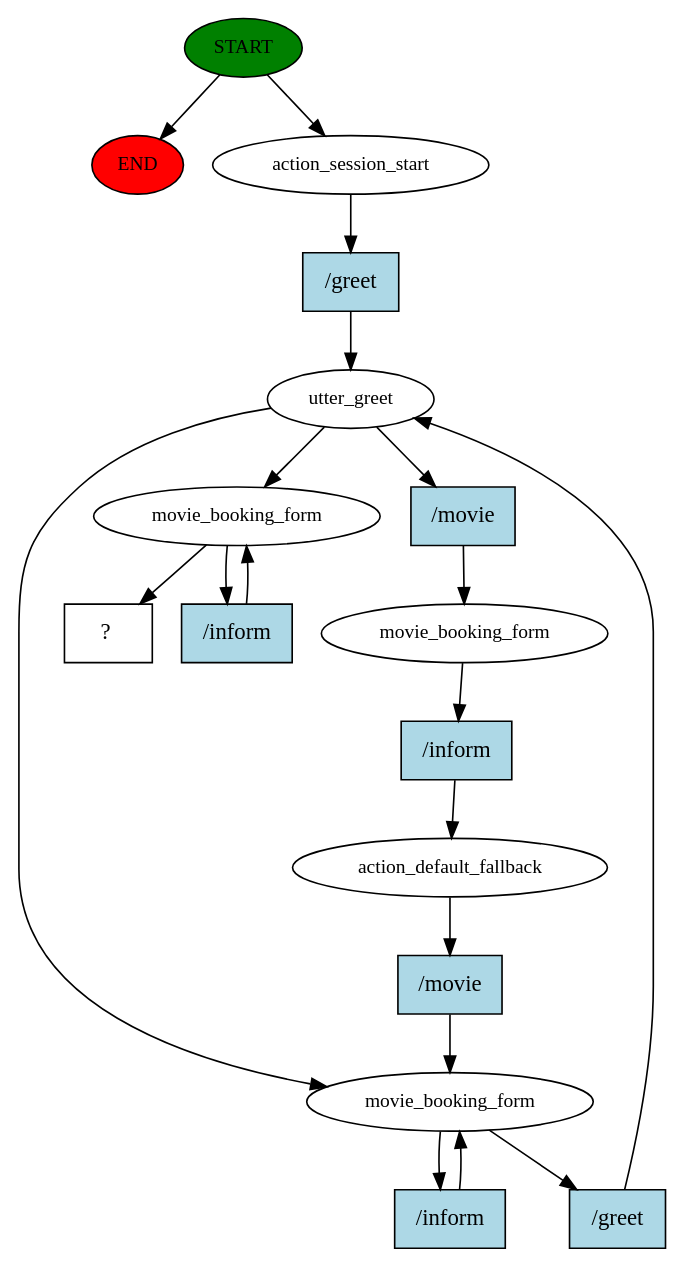
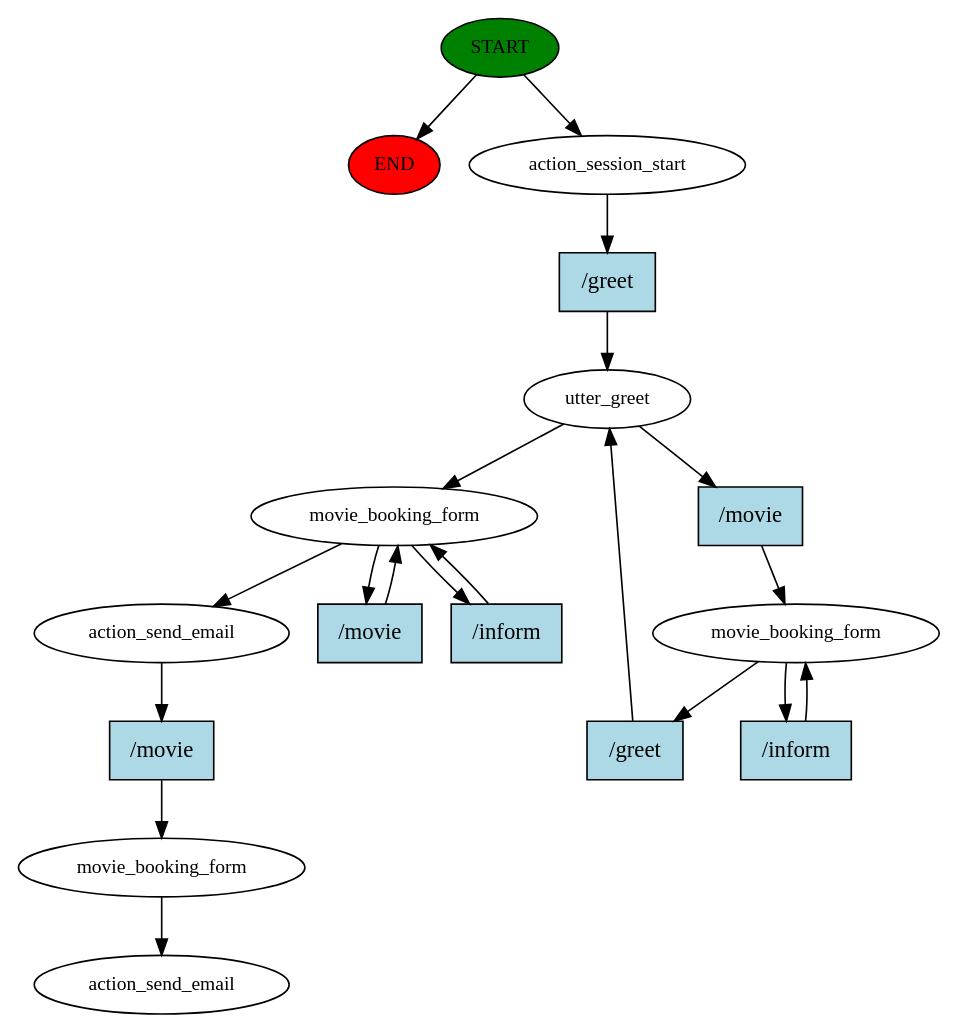
Before and after one commit to abhijitdeshpande83/GenAI: the diagram in SupportIQ/rasa/story_graph.dot, drawn with Graphviz. The commit also changed 5 other files, not shown here.

```diff
--- a/SupportIQ/rasa/story_graph.dot
+++ b/SupportIQ/rasa/story_graph.dot
@@ -1,37 +1,37 @@
 digraph  {
 0 [class="start active", fillcolor=green, fontsize=12, label=START, style=filled];
 "-1" [class=end, fillcolor=red, fontsize=12, label=END, style=filled];
 1 [class=active, fontsize=12, label=action_session_start];
 2 [class=active, fontsize=12, label=utter_greet];
 3 [class=active, fontsize=12, label=movie_booking_form];
-4 [class=active, fontsize=12, label=action_default_fallback];
-5 [class=active, fontsize=12, label=movie_booking_form];
-12 [class=active, fontsize=12, label=movie_booking_form];
-16 [class="intent dashed active", label="  ?  ", shape=rect];
-17 [class="intent active", fillcolor=lightblue, label="/greet", shape=rect, style=filled];
-18 [class="intent active", fillcolor=lightblue, label="/movie", shape=rect, style=filled];
-19 [class="intent active", fillcolor=lightblue, label="/inform", shape=rect, style=filled];
-20 [class="intent active", fillcolor=lightblue, label="/movie", shape=rect, style=filled];
+6 [class=active, fontsize=12, label=movie_booking_form];
+15 [class=active, fontsize=12, label=action_send_email];
+16 [class=active, fontsize=12, label=movie_booking_form];
+17 [class="dashed active", fontsize=12, label=action_send_email];
+18 [class="intent active", fillcolor=lightblue, label="/greet", shape=rect, style=filled];
+19 [class="intent active", fillcolor=lightblue, label="/movie", shape=rect, style=filled];
+20 [class="intent active", fillcolor=lightblue, label="/greet", shape=rect, style=filled];
 21 [class="intent active", fillcolor=lightblue, label="/inform", shape=rect, style=filled];
-22 [class="intent active", fillcolor=lightblue, label="/greet", shape=rect, style=filled];
+22 [class="intent active", fillcolor=lightblue, label="/movie", shape=rect, style=filled];
 23 [class="intent active", fillcolor=lightblue, label="/inform", shape=rect, style=filled];
+24 [class="intent active", fillcolor=lightblue, label="/movie", shape=rect, style=filled];
 0 -> "-1"  [class="", key=NONE, label=""];
 0 -> 1  [class=active, key=NONE, label=""];
-1 -> 17  [class=active, key=0];
-2 -> 12  [class=active, key=NONE, label=""];
-2 -> 5  [class=active, key=NONE, label=""];
-2 -> 18  [class=active, key=0];
-3 -> 19  [class=active, key=0];
-4 -> 20  [class=active, key=0];
-5 -> 21  [class=active, key=0];
-5 -> 22  [class=active, key=0];
-12 -> 16  [class=active, key=NONE, label=""];
-12 -> 23  [class=active, key=0];
-17 -> 2  [class=active, key=0];
-18 -> 3  [class=active, key=0];
-19 -> 4  [class=active, key=0];
-20 -> 5  [class=active, key=0];
-21 -> 5  [class=active, key=0];
-22 -> 2  [class=active, key=0];
-23 -> 12  [class=active, key=0];
+1 -> 18  [class=active, key=0];
+2 -> 6  [class=active, key=NONE, label=""];
+2 -> 19  [class=active, key=0];
+3 -> 20  [class=active, key=0];
+3 -> 21  [class=active, key=0];
+6 -> 15  [class=active, key=NONE, label=""];
+6 -> 22  [class=active, key=0];
+6 -> 23  [class=active, key=0];
+15 -> 24  [class=active, key=0];
+16 -> 17  [class=active, key=NONE, label=""];
+18 -> 2  [class=active, key=0];
+19 -> 3  [class=active, key=0];
+20 -> 2  [class=active, key=0];
+21 -> 3  [class=active, key=0];
+22 -> 6  [class=active, key=0];
+23 -> 6  [class=active, key=0];
+24 -> 16  [class=active, key=0];
 }
```
